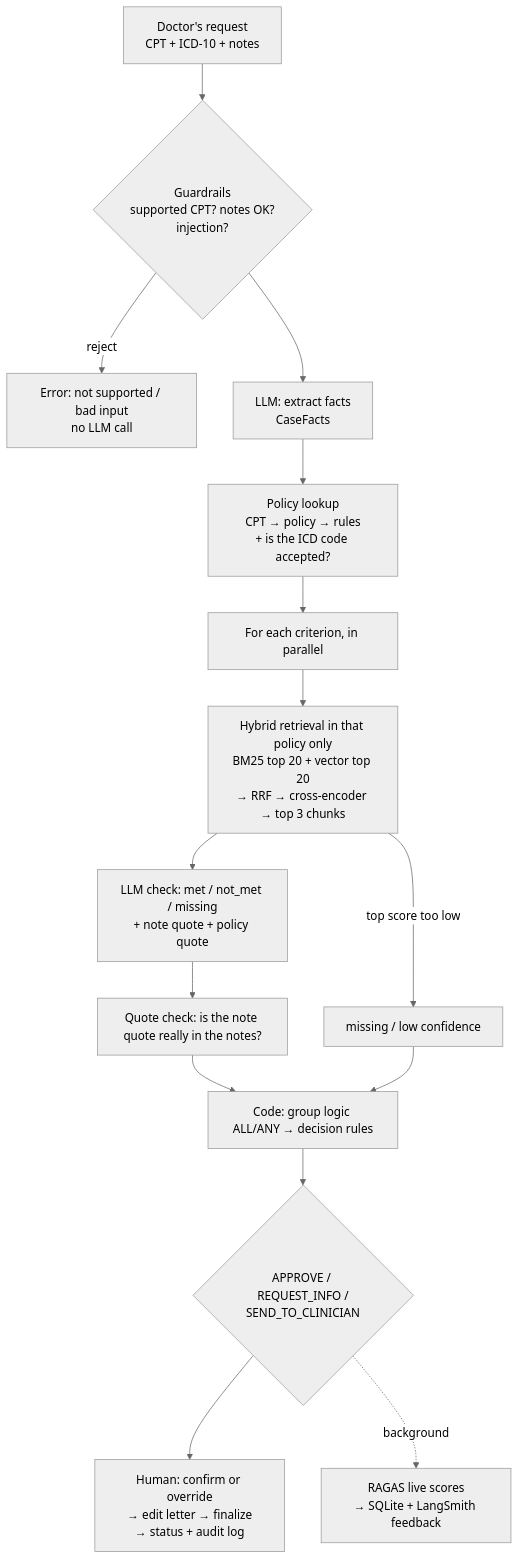
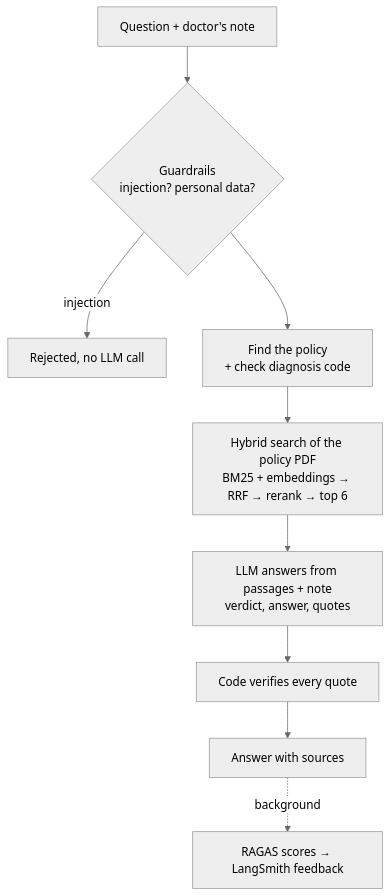
Before and after one commit to hemanthbuilds/priorauth-copilot: the diagram in HOW_IT_WORKS.md, drawn with Mermaid (neutral theme). The commit also changed other lines of this file and 40 other files, not shown here.

First line of the commit message:
Rebuild as a simple chatbot: hybrid RAG over the policy PDFs + LLM answers

````diff
--- a/HOW_IT_WORKS.md
+++ b/HOW_IT_WORKS.md
@@ -5,17 +12,11 @@
 ```mermaid
 flowchart TD
-    A[Doctor's request<br/>CPT + ICD-10 + notes] --> G{Guardrails<br/>supported CPT? notes OK?<br/>injection?}
-    G -- reject --> X[Error: not supported / bad input<br/>no LLM call]
-    G --> E[LLM: extract facts<br/>CaseFacts]
-    E --> K[Policy lookup<br/>CPT → policy → rules<br/>+ is the ICD code accepted?]
-    K --> P[For each criterion, in parallel]
-    P --> R[Hybrid retrieval in that policy only<br/>BM25 top 20 + vector top 20<br/>→ RRF → cross-encoder → top 3 chunks]
-    R -- top score too low --> M[missing / low confidence]
-    R --> C[LLM check: met / not_met / missing<br/>+ note quote + policy quote]
-    C --> Q[Quote check: is the note quote really in the notes?]
-    Q --> D[Code: group logic ALL/ANY → decision rules]
-    M --> D
-    D --> O{APPROVE / REQUEST_INFO /<br/>SEND_TO_CLINICIAN}
-    O --> H[Human: confirm or override<br/>→ edit letter → finalize<br/>→ status + audit log]
-    O -.background.-> S[RAGAS live scores<br/>→ SQLite + LangSmith feedback]
+    Q[Question + doctor's note] --> G{Guardrails<br/>injection? personal data?}
+    G -- injection --> X[Rejected, no LLM call]
+    G --> P[Find the policy<br/>+ check diagnosis code]
+    P --> R[Hybrid search of the policy PDF<br/>BM25 + embeddings → RRF → rerank → top 6]
+    R --> L[LLM answers from passages + note<br/>verdict, answer, quotes]
+    L --> V[Code verifies every quote]
+    V --> A[Answer with sources]
+    A -.background.-> S[RAGAS scores → LangSmith feedback]
 ```
````
